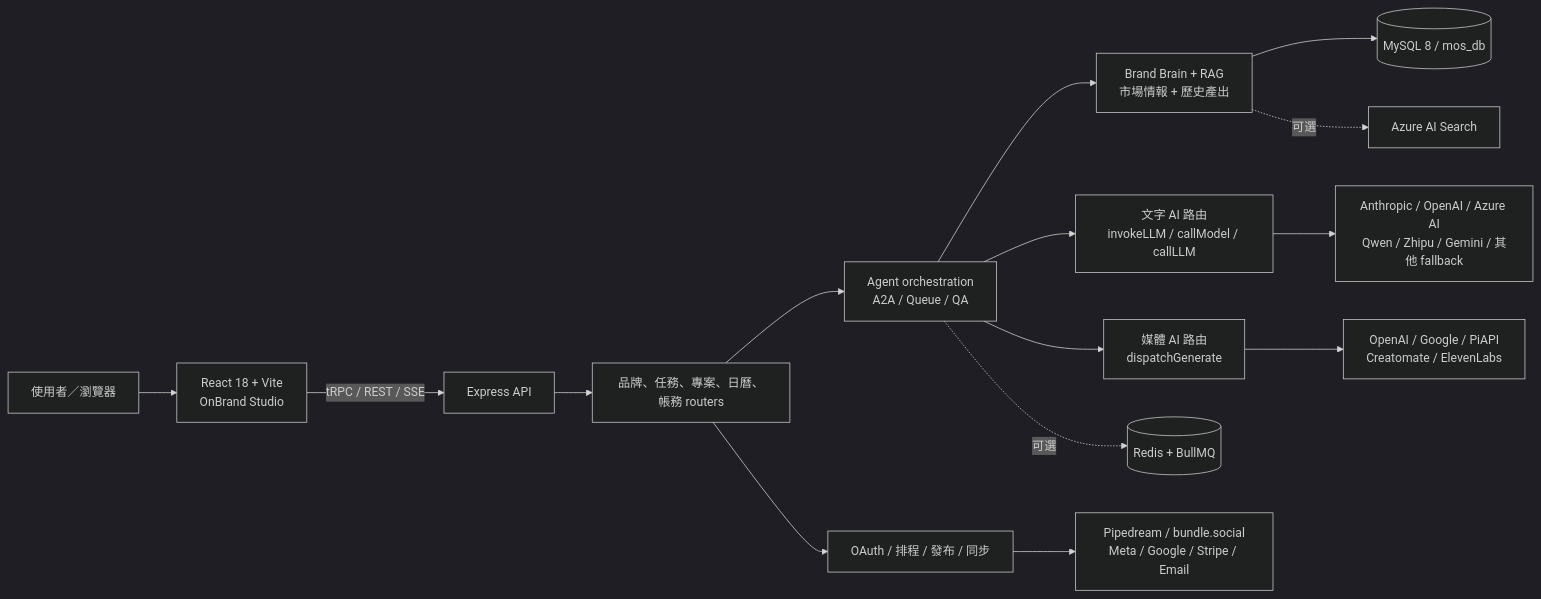
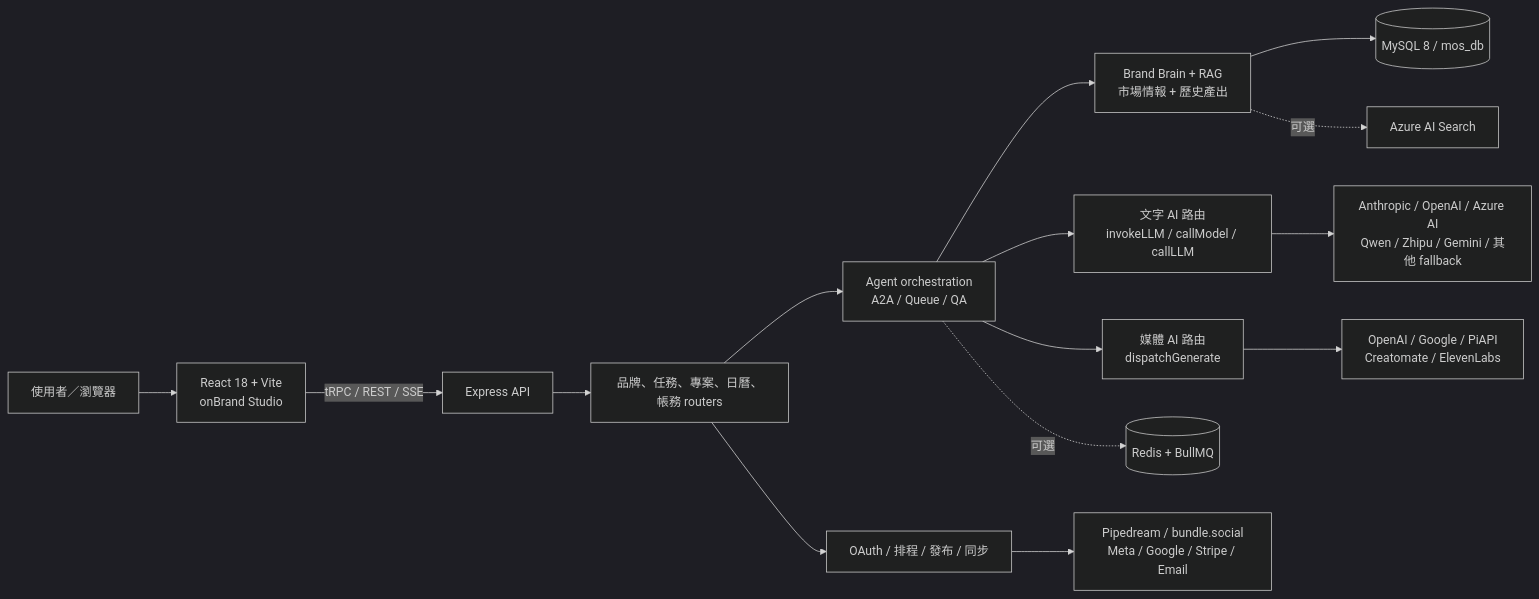
Before and after one commit to contentincubator2-ops/onbrand: the diagram in README.md, drawn with Mermaid (dark theme). The commit also changed other lines of this file and 38 other files, not shown here.

First line of the commit message:
chore(brand): 新分享封面＋補齊剩餘的 onBrand Studio 正名

````diff
--- a/README.md
+++ b/README.md
@@ -33,17 +33,17 @@
 ```mermaid
 flowchart LR
-    U["使用者／瀏覽器"] --> FE["React 18 + Vite\nOnBrand Studio"]
+    U["使用者／瀏覽器"] --> FE["React 18 + Vite\nonBrand Studio"]
     FE -->|"tRPC / REST / SSE"| API["Express API"]
     API --> DOM["品牌、任務、專案、日曆、帳務 routers"]
     DOM --> ORCH["Agent orchestration\nA2A / Queue / QA"]
     ORCH --> CTX["Brand Brain + RAG\n市場情報 + 歷史產出"]
     ORCH --> TXT["文字 AI 路由\ninvokeLLM / callModel / callLLM"]
     ORCH --> MEDIA["媒體 AI 路由\ndispatchGenerate"]
     DOM --> PUB["OAuth / 排程 / 發布 / 同步"]
     CTX --> MYSQL[("MySQL 8 / mos_db")]
     CTX -.可選.-> SEARCH["Azure AI Search"]
     ORCH -.可選.-> REDIS[("Redis + BullMQ")]
     TXT --> LLMS["Anthropic / OpenAI / Azure AI\nQwen / Zhipu / Gemini / 其他 fallback"]
     MEDIA --> MEDIAS["OpenAI / Google / PiAPI\nCreatomate / ElevenLabs"]
     PUB --> CHANNELS["Pipedream / bundle.social\nMeta / Google / Stripe / Email"]
 ```
````
